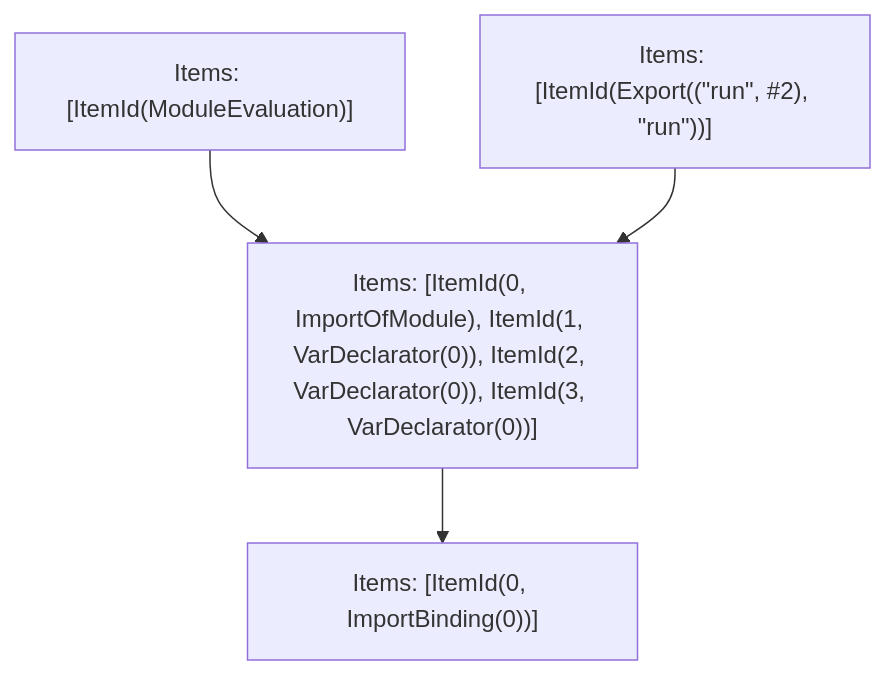
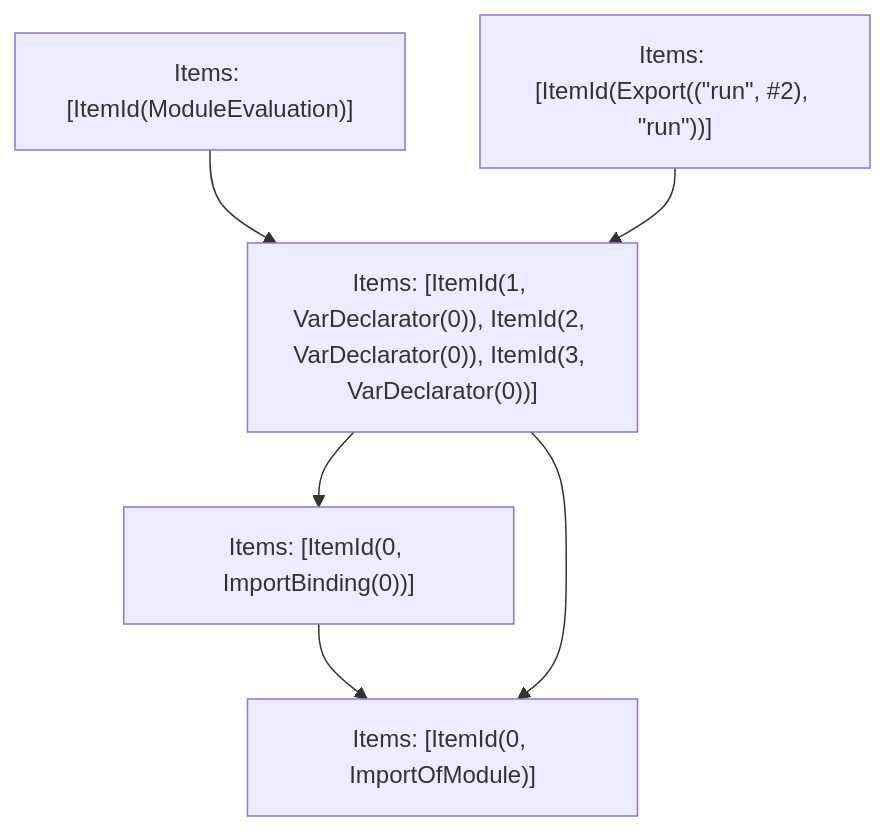
The fifth of 5 diagrams in turbopack/crates/turbopack-ecmascript/tests/tree-shaker/analyzer/ipc-evaluate/output.md (Dreitt/nextt), drawn with Mermaid before and after one commit. The commit also changed other lines of this file and 19 other files, not shown here.

````diff
--- a/turbopack/crates/turbopack-ecmascript/tests/tree-shaker/analyzer/ipc-evaluate/output.md
+++ b/turbopack/crates/turbopack-ecmascript/tests/tree-shaker/analyzer/ipc-evaluate/output.md
@@ -217,10 +217,13 @@
 ```mermaid
 graph TD
     N0["Items: [ItemId(ModuleEvaluation)]"];
     N1["Items: [ItemId(Export((&quot;run&quot;, #2), &quot;run&quot;))]"];
-    N2["Items: [ItemId(0, ImportOfModule), ItemId(1, VarDeclarator(0)), ItemId(2, VarDeclarator(0)), ItemId(3, VarDeclarator(0))]"];
+    N2["Items: [ItemId(0, ImportOfModule)]"];
     N3["Items: [ItemId(0, ImportBinding(0))]"];
-    N2 --> N3;
-    N0 --> N2;
-    N1 --> N2;
+    N4["Items: [ItemId(1, VarDeclarator(0)), ItemId(2, VarDeclarator(0)), ItemId(3, VarDeclarator(0))]"];
+    N4 --> N3;
+    N3 --> N2;
+    N0 --> N4;
+    N4 --> N2;
+    N1 --> N4;
 ```
````
